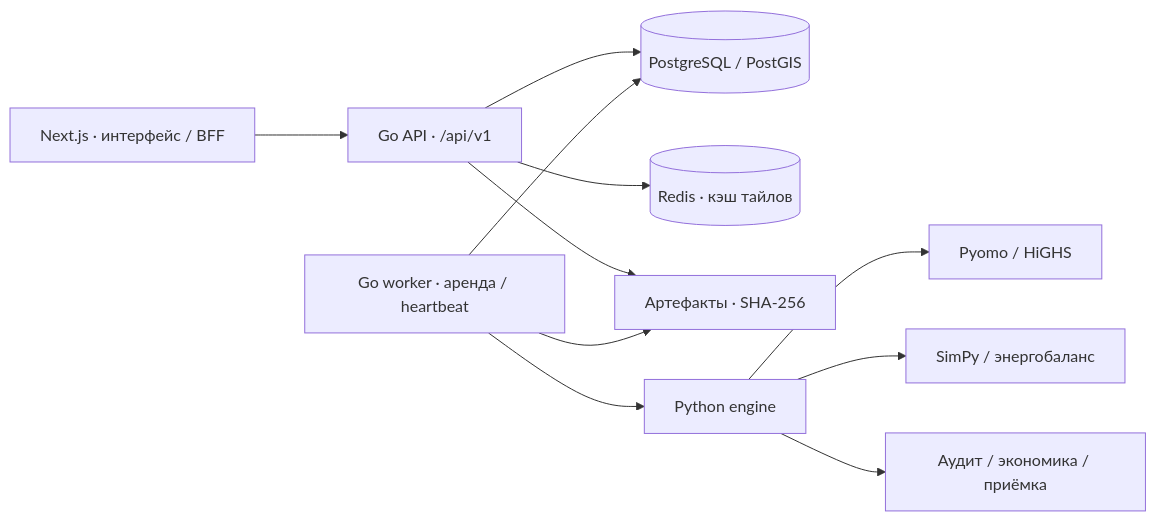
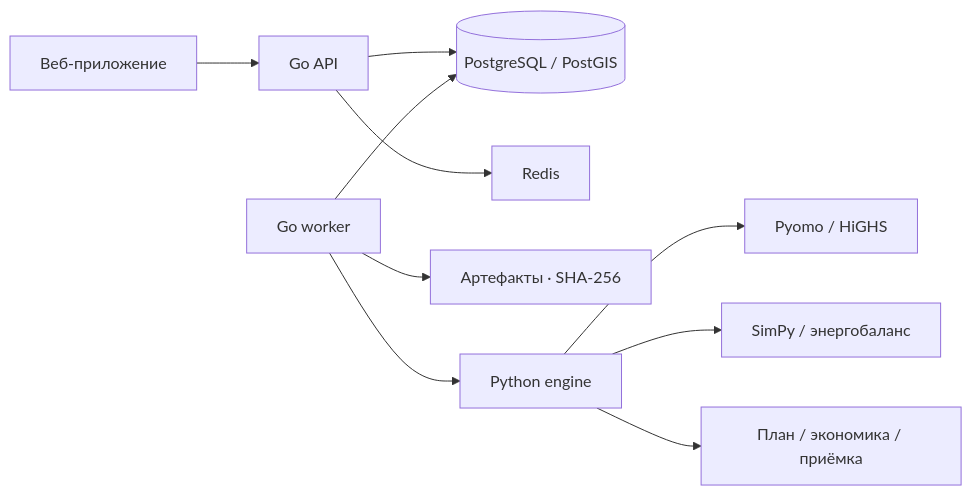
One commit to Elmar006/energy_web changed the diagram in README.md. Above: the diagram before and after it, drawn with Mermaid. The commit also changed other lines of this file and 92 other files, not shown here.

````diff
--- a/README.md
+++ b/README.md
@@ -122,13 +104,12 @@
 ```mermaid
 flowchart LR
-    WEB["Next.js · интерфейс / BFF"] --> API["Go API · /api/v1"]
-    API --> DB[("PostgreSQL / PostGIS")]
-    API --> CACHE[("Redis · кэш тайлов")]
-    API --> FILES["Артефакты · SHA-256"]
-    WORKER["Go worker · аренда / heartbeat"] --> DB
-    WORKER --> FILES
+    UI["Веб-приложение"] --> API["Go API"]
+    API --> PG[("PostgreSQL / PostGIS")]
+    API --> CACHE["Redis"]
+    WORKER["Go worker"] --> PG
+    WORKER --> ARTIFACTS["Артефакты · SHA-256"]
     WORKER --> ENGINE["Python engine"]
-    ENGINE --> OPT["Pyomo / HiGHS"]
+    ENGINE --> MILP["Pyomo / HiGHS"]
     ENGINE --> SIM["SimPy / энергобаланс"]
-    ENGINE --> CHECK["Аудит / экономика / приёмка"]
+    ENGINE --> RESULT["План / экономика / приёмка"]
 ```
````
